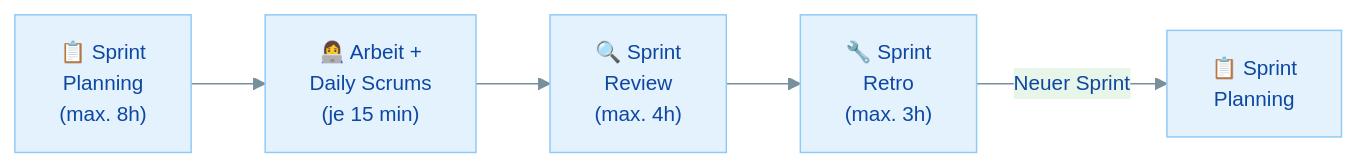
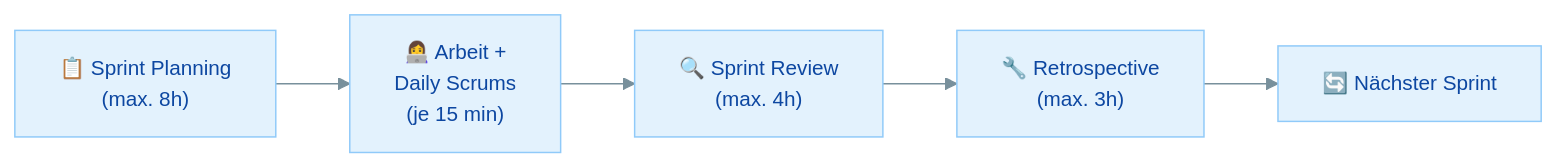
Before and after one commit to JacobMenge/kurs-25-06: the third of 3 diagrams in docs/modul-3/zusatzmaterial/scrum/03-scrum-events.md, drawn with Mermaid. The commit also changed other lines of this file and 4 other files, not shown here.

First line of the commit message:
Mermaid-Diagramme in Scrum-Material bereinigen

````diff
--- a/docs/modul-3/zusatzmaterial/scrum/03-scrum-events.md
+++ b/docs/modul-3/zusatzmaterial/scrum/03-scrum-events.md
@@ -432,8 +417,8 @@
 ```mermaid
 %%{init: {'theme': 'base', 'themeVariables': {'primaryColor': '#e3f2fd', 'primaryTextColor': '#0d47a1', 'primaryBorderColor': '#90caf9', 'secondaryColor': '#e8f5e9', 'secondaryTextColor': '#1b5e20', 'secondaryBorderColor': '#a5d6a7', 'tertiaryColor': '#fff3e0', 'tertiaryTextColor': '#e65100', 'tertiaryBorderColor': '#ffcc80', 'lineColor': '#78909c', 'fontSize': '14px'}}}%%
 graph LR
-    SP["📋 Sprint<br/>Planning<br/>(max. 8h)"] --> W["👩‍💻 Arbeit +<br/>Daily Scrums<br/>(je 15 min)"]
-    W --> SR["🔍 Sprint<br/>Review<br/>(max. 4h)"]
-    SR --> RE["🔧 Sprint<br/>Retro<br/>(max. 3h)"]
-    RE --> |"Neuer Sprint"| SP2["📋 Sprint<br/>Planning"]
+    SP["📋 Sprint Planning<br/>(max. 8h)"] --> W["👩‍💻 Arbeit +<br/>Daily Scrums<br/>(je 15 min)"]
+    W --> SR["🔍 Sprint Review<br/>(max. 4h)"]
+    SR --> RE["🔧 Retrospective<br/>(max. 3h)"]
+    RE --> NEXT["🔄 Nächster Sprint"]
 ```
````
